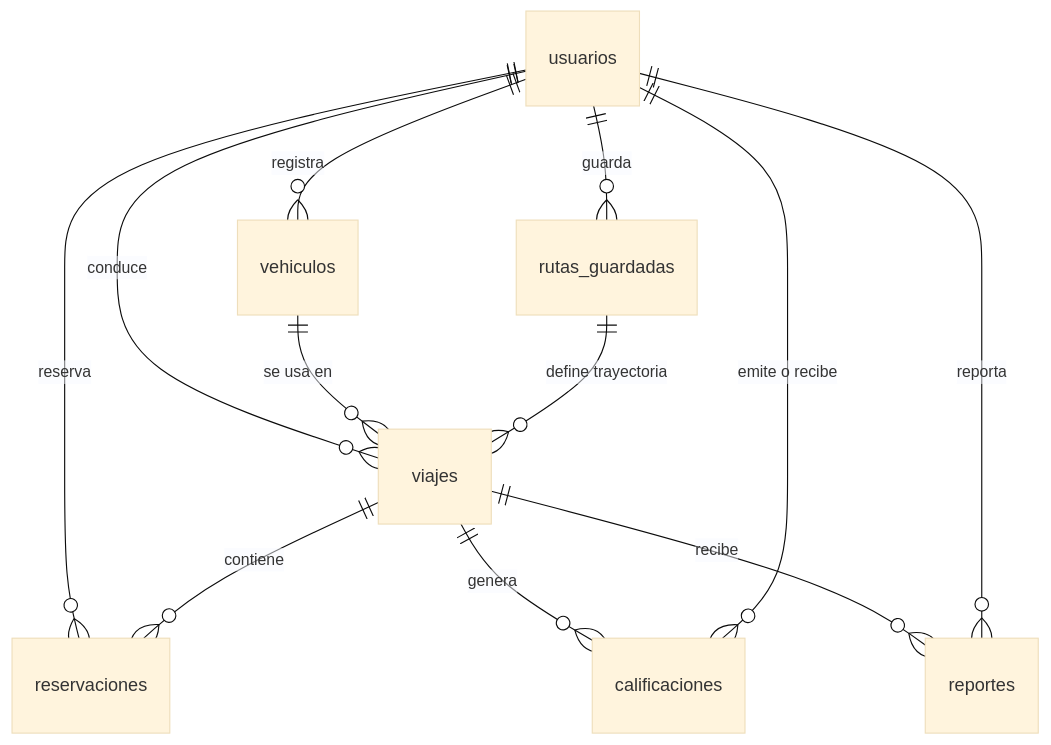
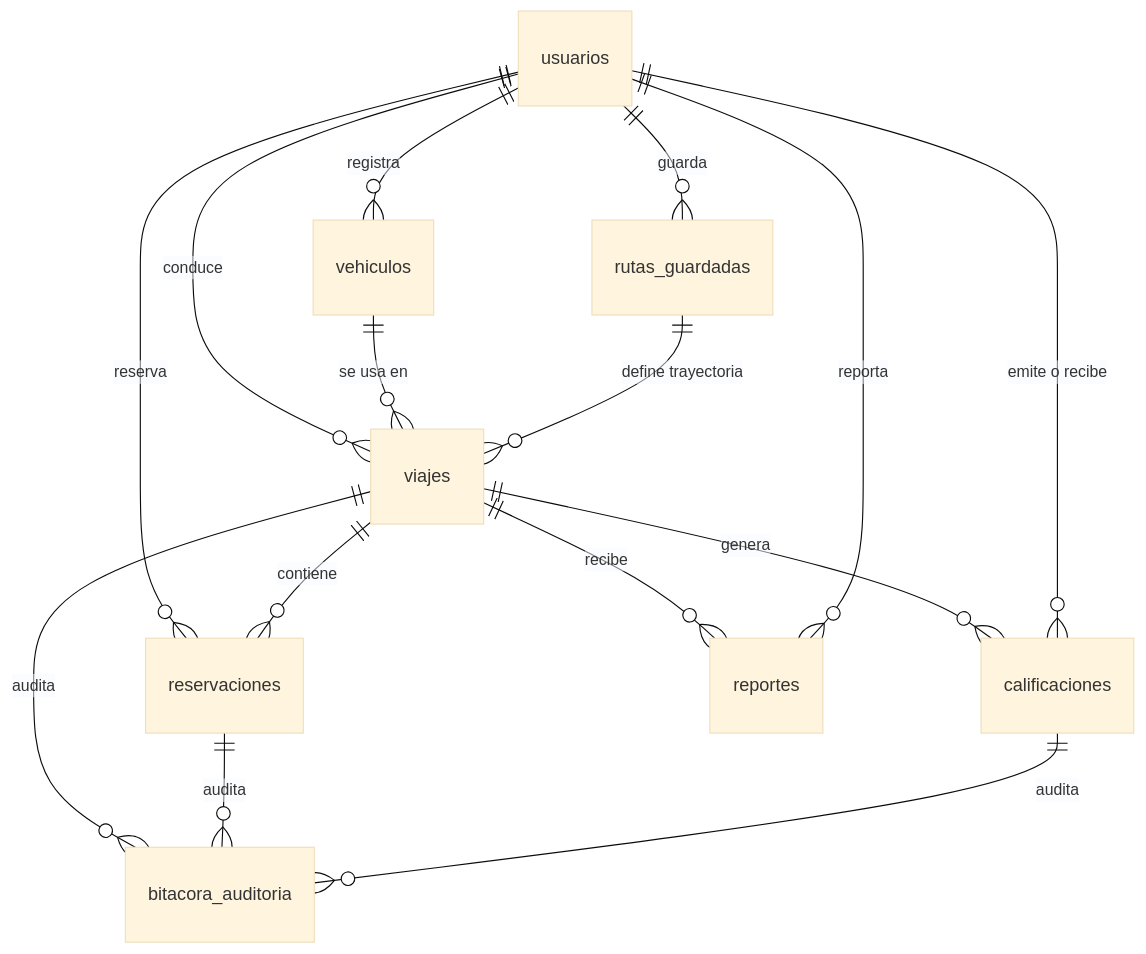
The diagram in DOCUMENTACION.md (MRBONESMX/raity), drawn with Mermaid (base theme) before and after one commit. The commit also changed other lines of this file and 21 other files, not shown here.

````diff
--- a/DOCUMENTACION.md
+++ b/DOCUMENTACION.md
@@ -130,14 +137,17 @@
 ```mermaid
 erDiagram
     usuarios ||--o{ vehiculos : "registra"
     usuarios ||--o{ rutas_guardadas : "guarda"
     usuarios ||--o{ viajes : "conduce"
     vehiculos ||--o{ viajes : "se usa en"
     rutas_guardadas ||--o{ viajes : "define trayectoria"
     usuarios ||--o{ reservaciones : "reserva"
     viajes ||--o{ reservaciones : "contiene"
     viajes ||--o{ calificaciones : "genera"
     usuarios ||--o{ calificaciones : "emite o recibe"
     viajes ||--o{ reportes : "recibe"
     usuarios ||--o{ reportes : "reporta"
+    viajes ||--o{ bitacora_auditoria : "audita"
+    reservaciones ||--o{ bitacora_auditoria : "audita"
+    calificaciones ||--o{ bitacora_auditoria : "audita"
 ```
````
